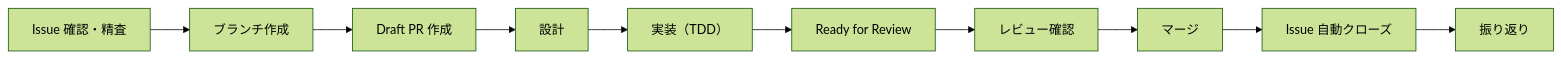
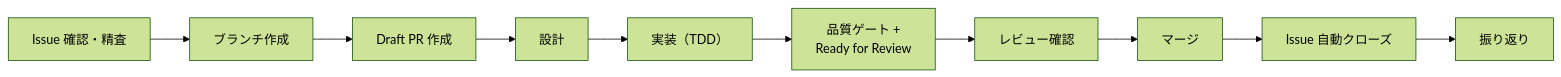
The first of 3 diagrams in docs/04_手順書/04_開発フロー/01_Issue駆動開発.md (ka2kama/ringiflow), drawn with Mermaid (forest theme) before and after one commit. The commit also changed other lines of this file and 5 other files, not shown here.

First line of the commit message:
#350 Distinguish Quality Gate from Ready for Review terminology (#352)

````diff
--- a/docs/04_手順書/04_開発フロー/01_Issue駆動開発.md
+++ b/docs/04_手順書/04_開発フロー/01_Issue駆動開発.md
@@ -22,12 +22,12 @@
 ```mermaid
 flowchart LR
     A["Issue 確認・精査"] --> B["ブランチ作成"]
     B --> C["Draft PR 作成"]
     C --> D["設計"]
     D --> E["実装（TDD）"]
-    E --> F["Ready for Review"]
+    E --> F["品質ゲート +<br/>Ready for Review"]
     F --> G["レビュー確認"]
     G --> H["マージ"]
     H --> I["Issue 自動クローズ"]
     I --> J["振り返り"]
 ```
````
